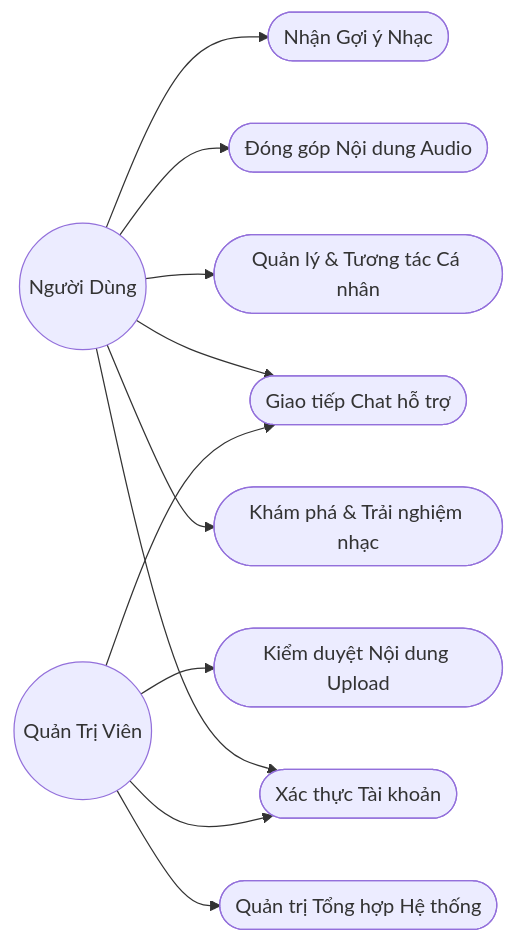
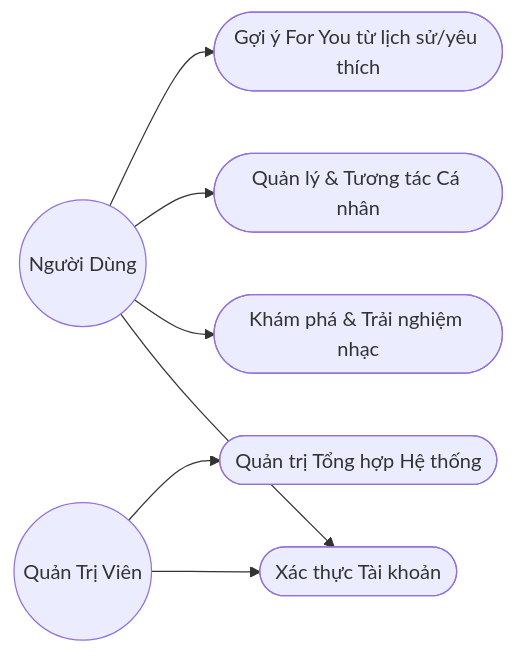
Before and after one commit to NguyenThaiVinh0494/DACNPM_OnlineMusicStreamingWebsite: the first of 19 diagrams in Tài Liệu/SDD.md, drawn with Mermaid. The commit also changed other lines of this file and 61 other files, not shown here.

````diff
--- a/Tài Liệu/SDD.md
+++ b/Tài Liệu/SDD.md
@@ -234,20 +244,15 @@
 ```mermaid
 graph LR
     %% Định nghĩa các Actor
     User((Người Dùng))
     Admin((Quản Trị Viên))
 
     %% Người Dùng
     User --> UC1([Xác thực Tài khoản])
     User --> UC2([Khám phá & Trải nghiệm nhạc])
     User --> UC3([Quản lý & Tương tác Cá nhân])
-    User --> UC4([Đóng góp Nội dung Audio])
-    User --> UC7([Giao tiếp Chat hỗ trợ])
-    User --> UC8([Nhận Gợi ý Nhạc])
-
+    User --> UC8([Gợi ý For You từ lịch sử/yêu thích])
     %% Quản Trị Viên
     Admin --> UC1
     Admin --> UC5([Quản trị Tổng hợp Hệ thống])
-    Admin --> UC6([Kiểm duyệt Nội dung Upload])
-    Admin --> UC7
 ```
````
